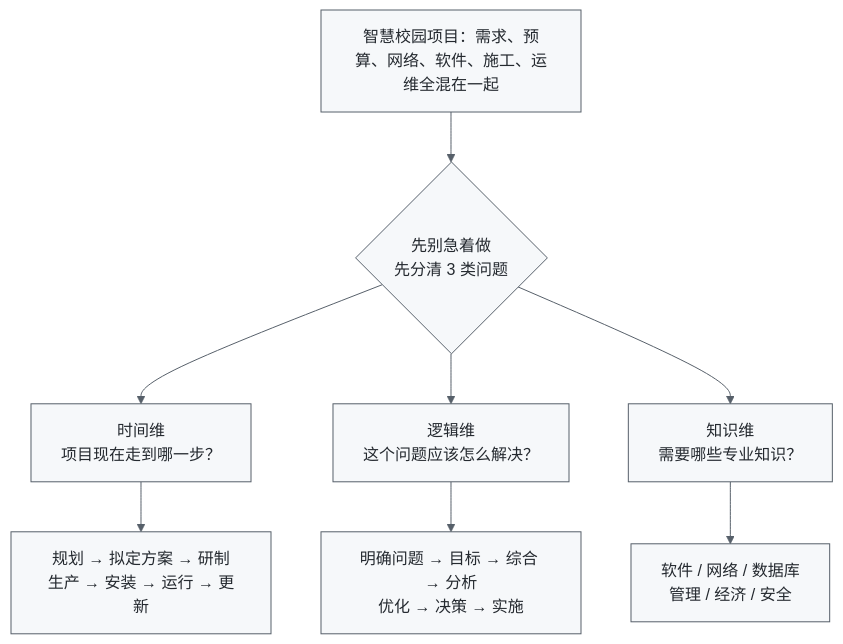
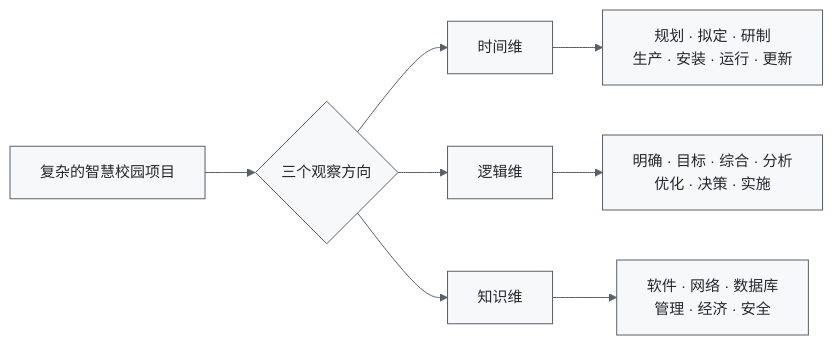
One commit to 74262195/system-architect-notes changed the first of 7 diagrams in 01_综合知识/02_系统工程与信息系统基础/02_系统工程方法/霍尔三维结构.md. Above: the diagram before and after it, drawn with Mermaid. The commit also changed other lines of this file and 2 other files, not shown here.

Commit message:
fix: 调整 Mermaid 为紧凑横向布局

````diff
--- a/01_综合知识/02_系统工程与信息系统基础/02_系统工程方法/霍尔三维结构.md
+++ b/01_综合知识/02_系统工程与信息系统基础/02_系统工程方法/霍尔三维结构.md
@@ -82,13 +82,8 @@
 ```mermaid
-%%{init: {"theme":"base","themeVariables":{"fontSize":"16px","primaryColor":"#f6f8fa","primaryTextColor":"#24292f","primaryBorderColor":"#57606a","lineColor":"#57606a","secondaryColor":"#ffffff","tertiaryColor":"#ffffff","edgeLabelBackground":"#ffffff"}}}%%
-flowchart TB
-    A["智慧校园项目：需求、预算、网络、软件、施工、运维全混在一起"]
-    A --> B{"先别急着做<br/>先分清 3 类问题"}
-    B --> T["时间维<br/>项目现在走到哪一步？"]
-    B --> L["逻辑维<br/>这个问题应该怎么解决？"]
-    B --> K["知识维<br/>需要哪些专业知识？"]
-
-    T --> T1["规划 → 拟定方案 → 研制<br/>生产 → 安装 → 运行 → 更新"]
-    L --> L1["明确问题 → 目标 → 综合 → 分析<br/>优化 → 决策 → 实施"]
-    K --> K1["软件 / 网络 / 数据库<br/>管理 / 经济 / 安全"]
+%%{init: {"theme":"base","themeVariables":{"fontSize":"15px","primaryColor":"#f6f8fa","primaryTextColor":"#24292f","primaryBorderColor":"#57606a","lineColor":"#57606a","secondaryColor":"#ffffff","tertiaryColor":"#ffffff","edgeLabelBackground":"#ffffff"}}}%%
+flowchart LR
+    A["复杂的智慧校园项目"] --> B{"三个观察方向"}
+    B --> T["时间维"] --> T1["规划 · 拟定 · 研制<br/>生产 · 安装 · 运行 · 更新"]
+    B --> L["逻辑维"] --> L1["明确 · 目标 · 综合 · 分析<br/>优化 · 决策 · 实施"]
+    B --> K["知识维"] --> K1["软件 · 网络 · 数据库<br/>管理 · 经济 · 安全"]
 ```
````
